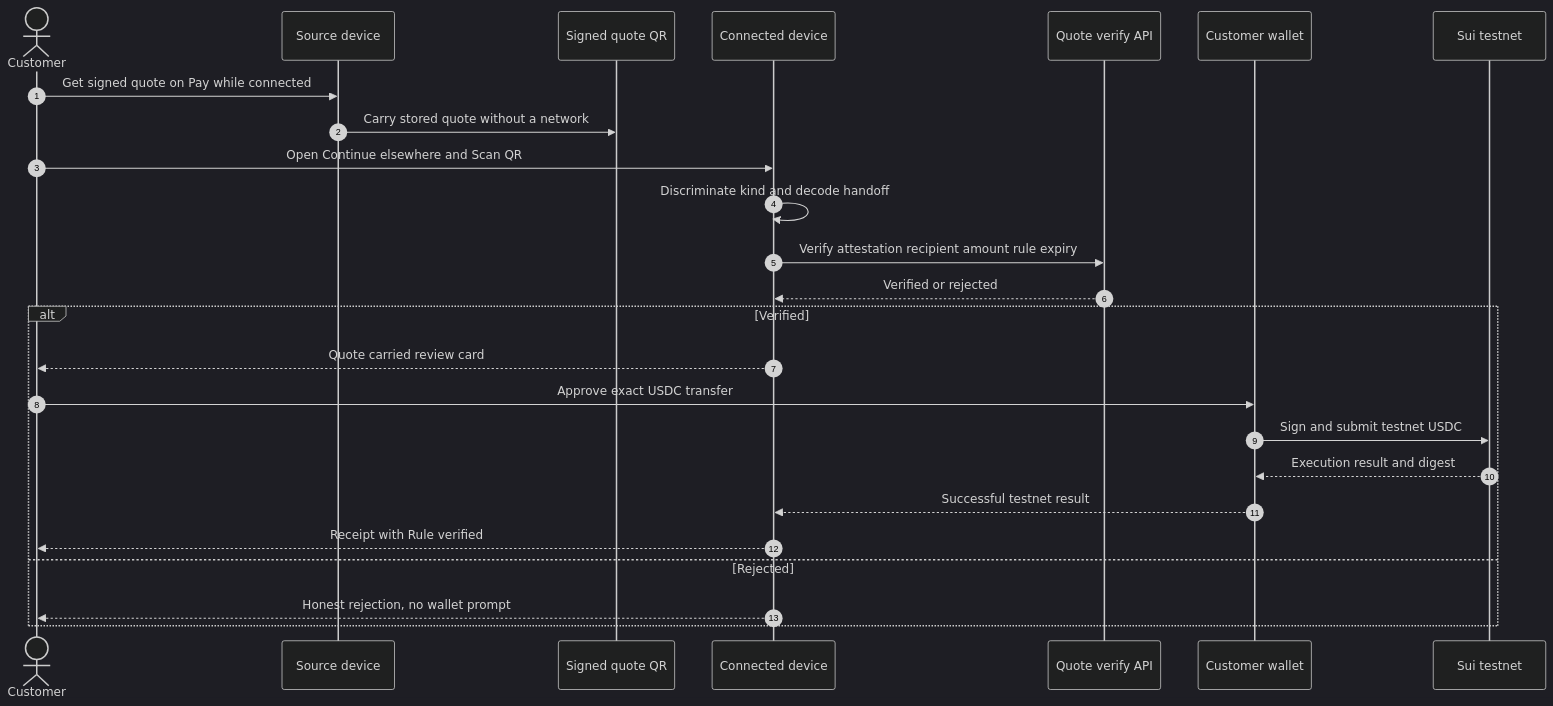
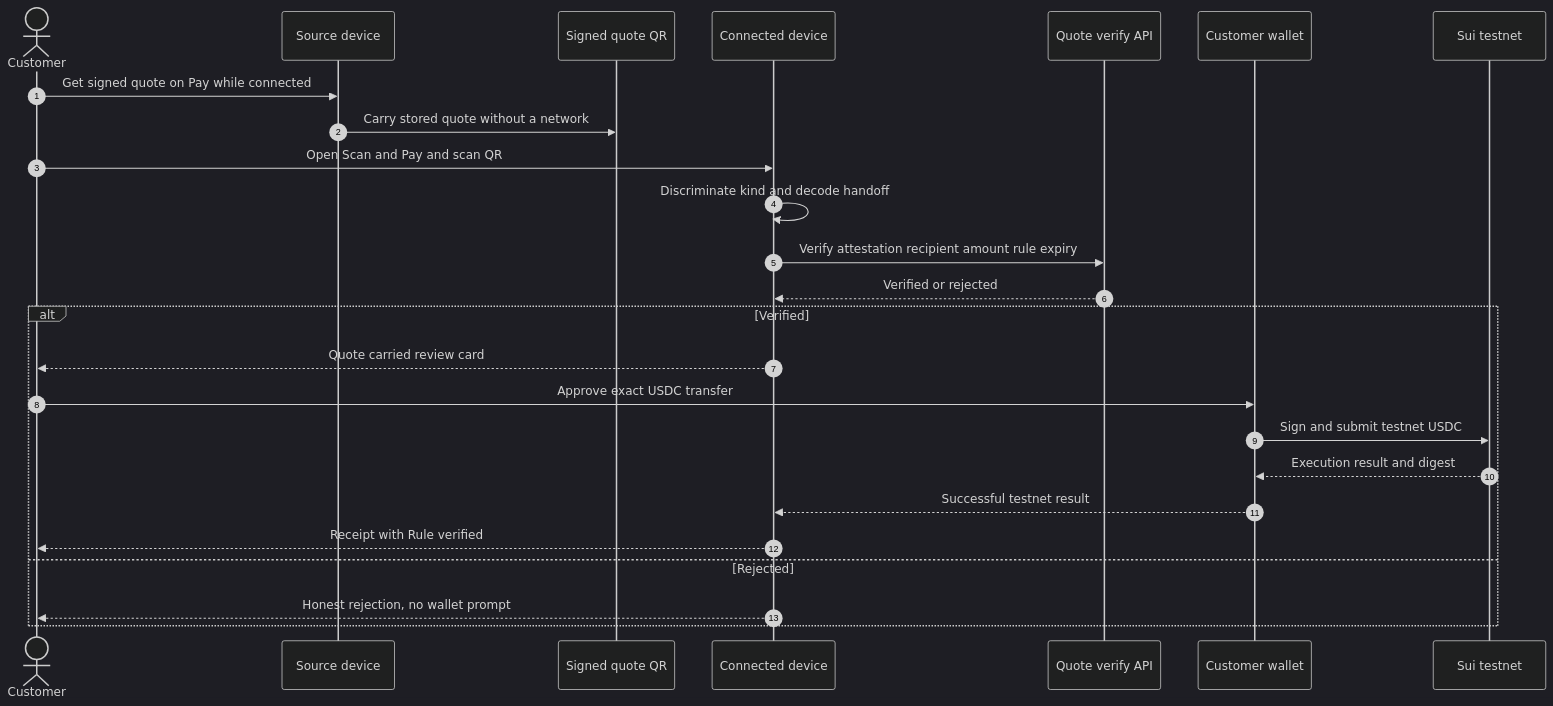
The third of 5 diagrams in README.md (MUBA-Hack/convey-sui), drawn with Mermaid (dark theme) before and after one commit. The commit also changed other lines of this file and 23 other files, not shown here.

````diff
--- a/README.md
+++ b/README.md
@@ -1026,28 +1050,28 @@
 ```mermaid
 sequenceDiagram
   autonumber
   actor Customer
   participant Source as Source device
   participant Qr as Signed quote QR
   participant Connected as Connected device
   participant Verify as Quote verify API
   participant Wallet as Customer wallet
   participant Sui as Sui testnet
 
   Customer->>Source: Get signed quote on Pay while connected
   Source->>Qr: Carry stored quote without a network
-  Customer->>Connected: Open Continue elsewhere and Scan QR
+  Customer->>Connected: Open Scan and Pay and scan QR
   Connected->>Connected: Discriminate kind and decode handoff
   Connected->>Verify: Verify attestation recipient amount rule expiry
   Verify-->>Connected: Verified or rejected
   alt Verified
     Connected-->>Customer: Quote carried review card
     Customer->>Wallet: Approve exact USDC transfer
     Wallet->>Sui: Sign and submit testnet USDC
     Sui-->>Wallet: Execution result and digest
     Wallet-->>Connected: Successful testnet result
     Connected-->>Customer: Receipt with Rule verified
   else Rejected
     Connected-->>Customer: Honest rejection, no wallet prompt
   end
 ```
````
